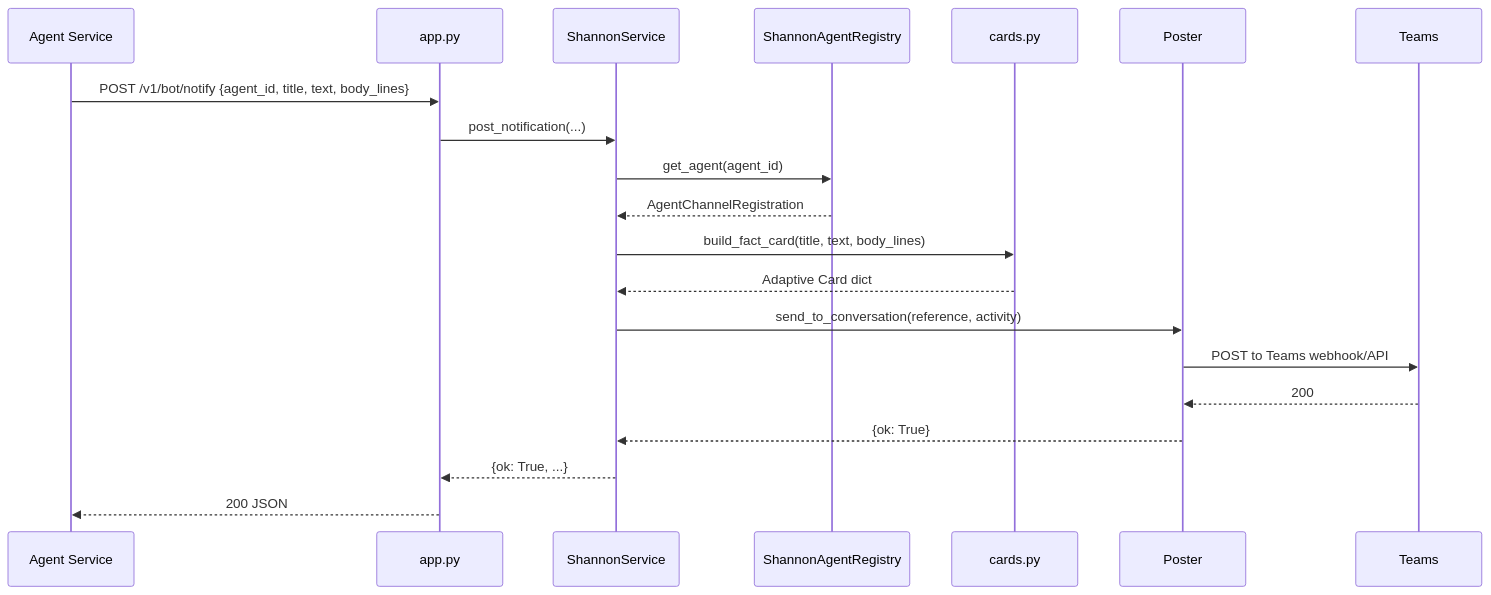
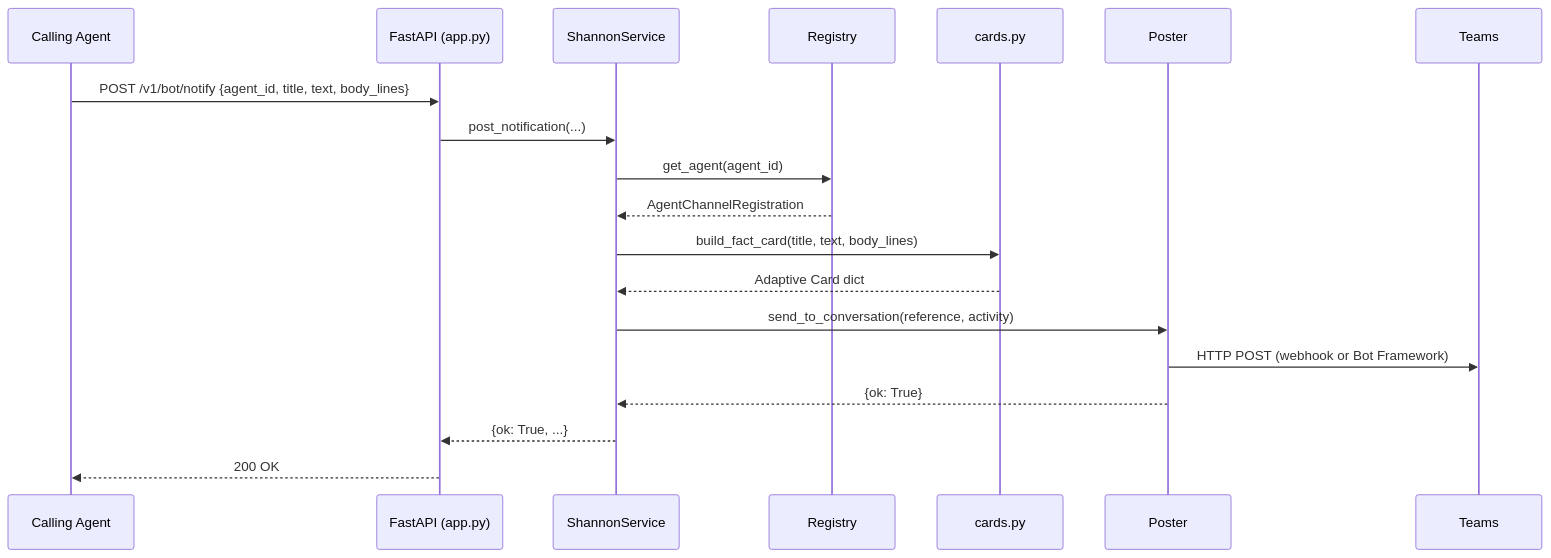
The fourth of 4 diagrams in docs/shannon.md (jmac-cornelis/agent-workforce), drawn with Mermaid before and after one commit. The commit also changed other lines of this file and 7 other files, not shown here.

````diff
--- a/docs/shannon.md
+++ b/docs/shannon.md
@@ -148,23 +130,22 @@
 ```mermaid
 sequenceDiagram
-    participant AG as Agent Service
-    participant A as app.py
-    participant S as ShannonService
-    participant R as ShannonAgentRegistry
-    participant C as cards.py
-    participant P as Poster
-    participant T as Teams
+    participant Agent as Calling Agent
+    participant App as FastAPI (app.py)
+    participant Svc as ShannonService
+    participant Reg as Registry
+    participant Cards as cards.py
+    participant Poster as Poster
+    participant Teams
 
-    AG->>A: POST /v1/bot/notify {agent_id, title, text, body_lines}
-    A->>S: post_notification(...)
-    S->>R: get_agent(agent_id)
-    R-->>S: AgentChannelRegistration
-    S->>C: build_fact_card(title, text, body_lines)
-    C-->>S: Adaptive Card dict
-    S->>P: send_to_conversation(reference, activity)
-    P->>T: POST to Teams webhook/API
-    T-->>P: 200
-    P-->>S: {ok: True}
-    S-->>A: {ok: True, ...}
-    A-->>AG: 200 JSON
+    Agent->>App: POST /v1/bot/notify {agent_id, title, text, body_lines}
+    App->>Svc: post_notification(...)
+    Svc->>Reg: get_agent(agent_id)
+    Reg-->>Svc: AgentChannelRegistration
+    Svc->>Cards: build_fact_card(title, text, body_lines)
+    Cards-->>Svc: Adaptive Card dict
+    Svc->>Poster: send_to_conversation(reference, activity)
+    Poster->>Teams: HTTP POST (webhook or Bot Framework)
+    Poster-->>Svc: {ok: True}
+    Svc-->>App: {ok: True, ...}
+    App-->>Agent: 200 OK
 ```
````
